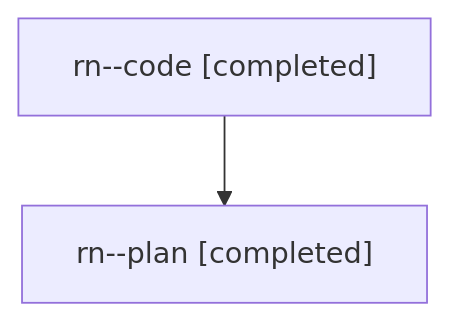
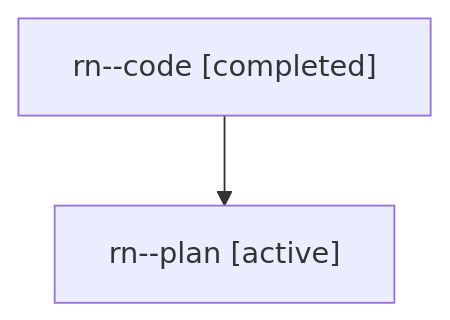
The diagram in families/bbugyi200.athena.rn.md (sase-org/sase--agents), drawn with Mermaid before and after one commit. The commit also changed other lines of this file and 5813 other files, not shown here.

````diff
--- a/families/bbugyi200.athena.rn.md
+++ b/families/bbugyi200.athena.rn.md
@@ -9,6 +9,6 @@
 ```mermaid
 flowchart TD
   n0["rn--code [completed]"]
-  n1["rn--plan [completed]"]
+  n1["rn--plan [active]"]
   n0 --> n1
 ```
````
